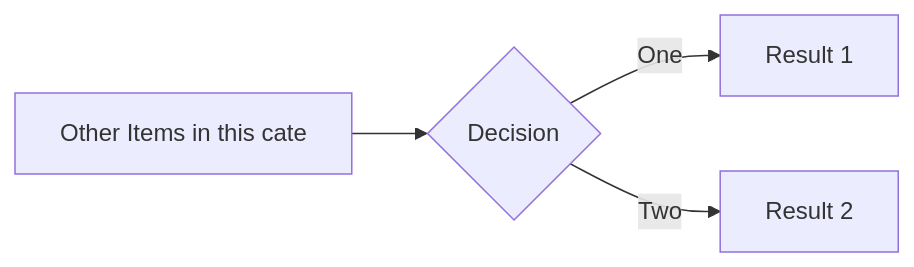
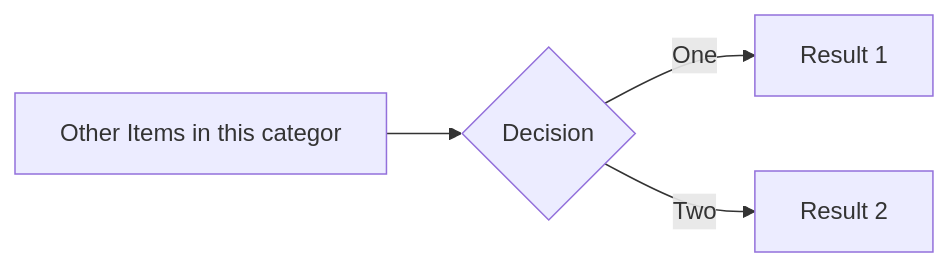
Before and after one commit to gerbssusd/dok: the diagram in slides.md, drawn with Mermaid.

````diff
--- a/slides.md
+++ b/slides.md
@@ -217,6 +217,6 @@
 ```mermaid {theme: 'neutral', scale: 0.8}
 graph LR
-B[Other Items in this cate] --> C{Decision}
+B[Other Items in this categor] --> C{Decision}
 C -->|One| D[Result 1]
 C -->|Two| E[Result 2]
 ```
````
